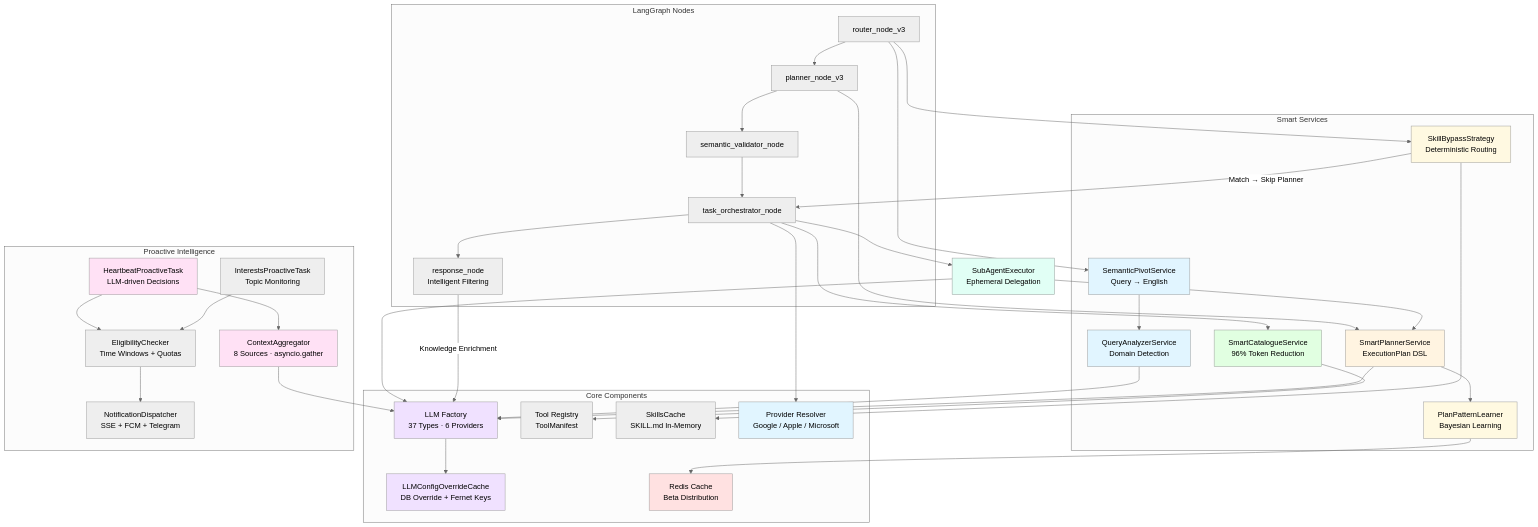
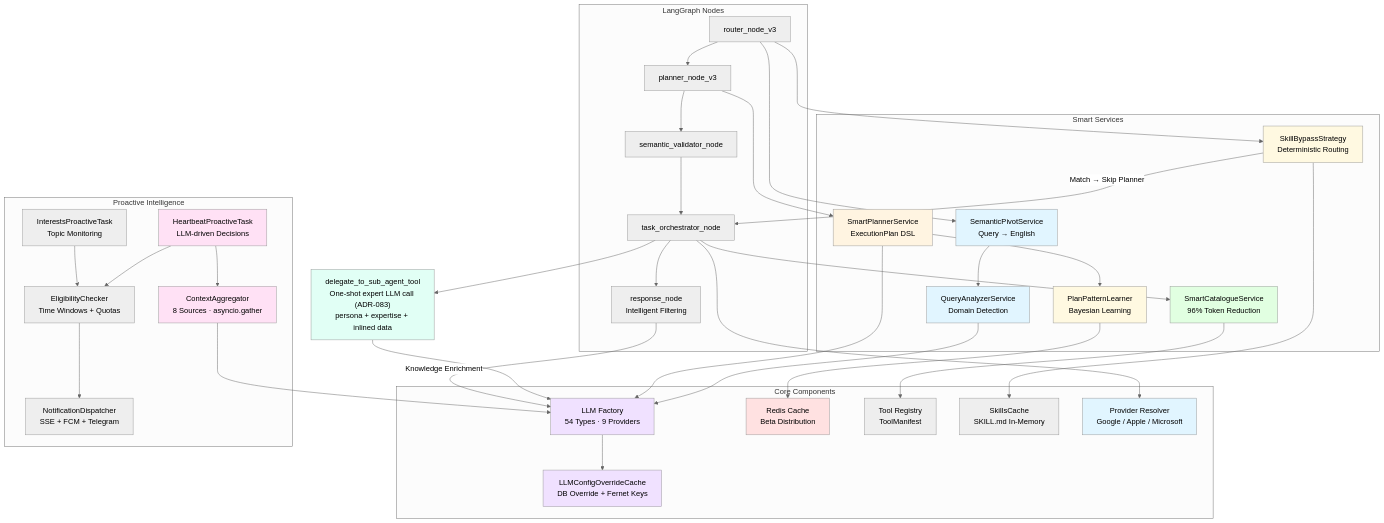
One commit to jgouviergmail/LIA-Assistant changed the diagram in docs/architecture/smart-services.mmd. Above: the diagram before and after it, drawn with Mermaid (neutral theme). The commit also changed 102 other files, not shown here.

First line of the commit message:
docs: full documentation/schema realignment against v1.23.12

```diff
--- a/docs/architecture/smart-services.mmd
+++ b/docs/architecture/smart-services.mmd
@@ -1,81 +1,80 @@
 graph TB
     subgraph Nodes["LangGraph Nodes"]
         Router[router_node_v3] --> Planner[planner_node_v3]
         Planner --> Validator[semantic_validator_node]
         Validator --> Orchestrator[task_orchestrator_node]
         Orchestrator --> Response["response_node<br/>Intelligent Filtering"]
     end
 
     subgraph SmartLayer["Smart Services"]
         SemanticPivot["SemanticPivotService<br/>Query → English"]
         QueryAnalyzer["QueryAnalyzerService<br/>Domain Detection"]
         SmartPlannerSvc["SmartPlannerService<br/>ExecutionPlan DSL"]
         SmartCatalogueSvc["SmartCatalogueService<br/>96% Token Reduction"]
         PatternLearnerSvc["PlanPatternLearner<br/>Bayesian Learning"]
         SkillBypassSvc["SkillBypassStrategy<br/>Deterministic Routing"]
     end
 
     subgraph Core["Core Components"]
-        LLMFactory["LLM Factory<br/>37 Types · 6 Providers"]
+        LLMFactory["LLM Factory<br/>54 Types · 9 Providers"]
         LLMConfigCache["LLMConfigOverrideCache<br/>DB Override + Fernet Keys"]
         RedisCache["Redis Cache<br/>Beta Distribution"]
         ToolRegistry["Tool Registry<br/>ToolManifest"]
         SkillsCache["SkillsCache<br/>SKILL.md In-Memory"]
         ProviderResolver["Provider Resolver<br/>Google / Apple / Microsoft"]
     end
 
     subgraph Proactive["Proactive Intelligence"]
         Heartbeat["HeartbeatProactiveTask<br/>LLM-driven Decisions"]
         ContextAgg["ContextAggregator<br/>8 Sources · asyncio.gather"]
         Interests["InterestsProactiveTask<br/>Topic Monitoring"]
         Eligibility["EligibilityChecker<br/>Time Windows + Quotas"]
         Dispatcher["NotificationDispatcher<br/>SSE + FCM + Telegram"]
     end
 
     %% Nodes → Smart Services
     Router --> SemanticPivot
     SemanticPivot --> QueryAnalyzer
     QueryAnalyzer --> LLMFactory
 
     Router --> SkillBypassSvc
     SkillBypassSvc --> SkillsCache
     SkillBypassSvc -->|"Match → Skip Planner"| Orchestrator
 
     Planner --> SmartPlannerSvc
     SmartPlannerSvc --> PatternLearnerSvc
     PatternLearnerSvc --> RedisCache
     SmartPlannerSvc --> LLMFactory
 
     Orchestrator --> SmartCatalogueSvc
     SmartCatalogueSvc --> ToolRegistry
     Orchestrator --> ProviderResolver
 
-    Orchestrator --> SubAgentExec["SubAgentExecutor<br/>Ephemeral Delegation"]
+    Orchestrator --> SubAgentExec["delegate_to_sub_agent_tool<br/>One-shot expert LLM call (ADR-083)<br/>persona + expertise + inlined data"]
     SubAgentExec --> LLMFactory
-    SubAgentExec --> SmartPlannerSvc
 
     Response -->|"Knowledge Enrichment"| LLMFactory
 
     %% LLM Factory → Config
     LLMFactory --> LLMConfigCache
 
     %% Proactive
     Heartbeat --> ContextAgg
     ContextAgg --> LLMFactory
     Heartbeat --> Eligibility
     Interests --> Eligibility
     Eligibility --> Dispatcher
 
     style SemanticPivot fill:#e1f5ff
     style QueryAnalyzer fill:#e1f5ff
     style SmartPlannerSvc fill:#fff4e1
     style SmartCatalogueSvc fill:#e1ffe1
     style PatternLearnerSvc fill:#fff9e1
     style SkillBypassSvc fill:#fff9e1
     style RedisCache fill:#ffe1e1
     style LLMFactory fill:#f0e1ff
     style LLMConfigCache fill:#f0e1ff
     style Heartbeat fill:#ffe1f5
     style ContextAgg fill:#ffe1f5
     style ProviderResolver fill:#e1f5ff
     style SubAgentExec fill:#e1fff5
```
